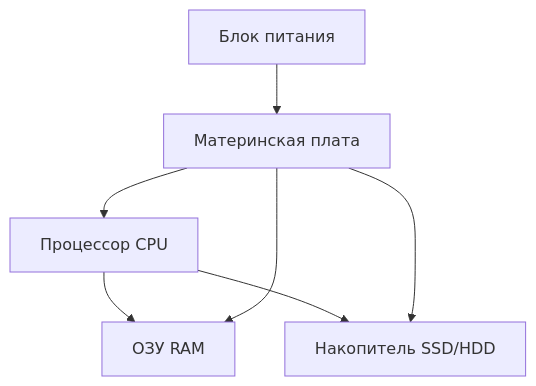
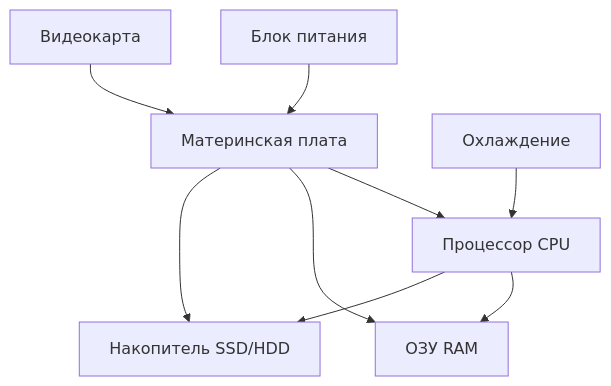
Before and after one commit to Spirzen/it-knowledge-base: the second of 16 diagrams in docs/encyclopedia/1-basics/1-035-bazovaya-informatika/3.md, drawn with Mermaid. The commit also changed other lines of this file and 301 other files, not shown here.

````diff
--- a/docs/encyclopedia/1-basics/1-035-bazovaya-informatika/3.md
+++ b/docs/encyclopedia/1-basics/1-035-bazovaya-informatika/3.md
@@ -101,9 +143,11 @@
 ```mermaid
 flowchart TB
     CPU[Процессор CPU] --> RAM[ОЗУ RAM]
     CPU --> DISK[Накопитель SSD/HDD]
     MB[Материнская плата] --> CPU
     MB --> RAM
     MB --> DISK
     PSU[Блок питания] --> MB
+    GPU[Видеокарта] --> MB
+    COOL[Охлаждение] --> CPU
 ```
````
